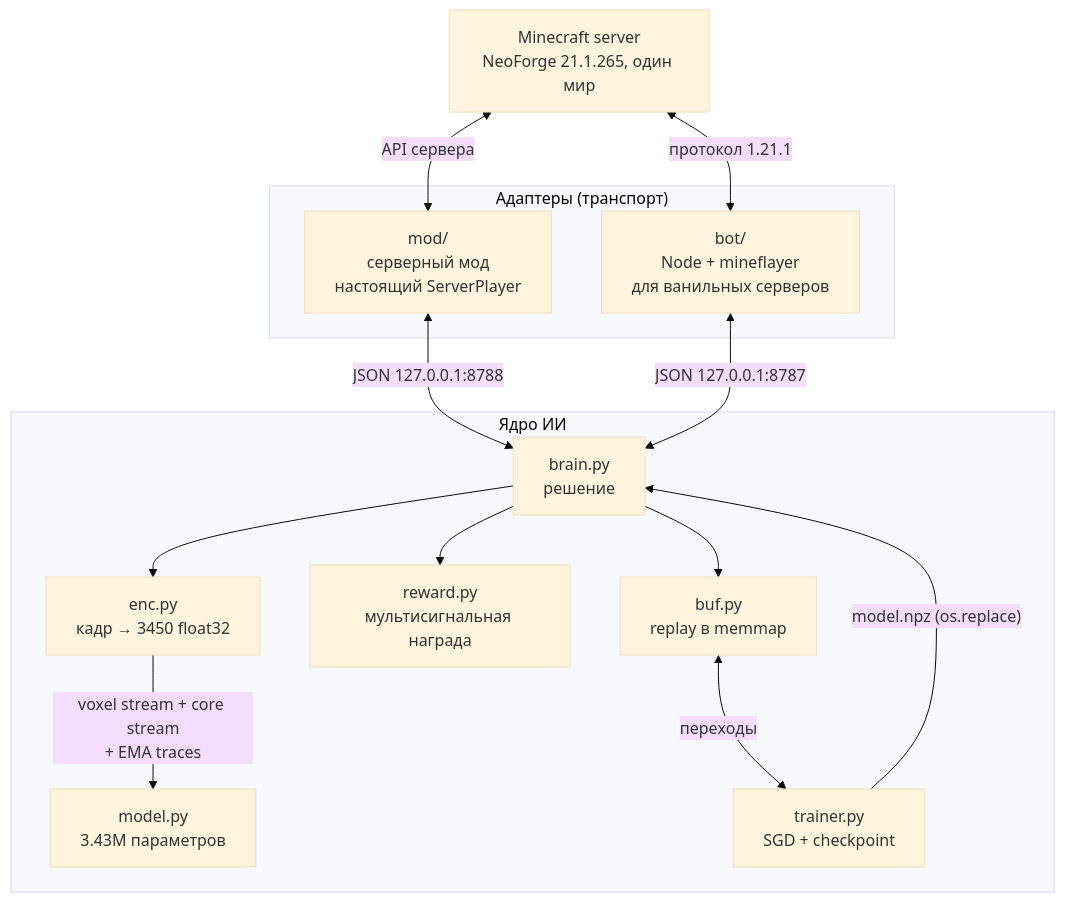
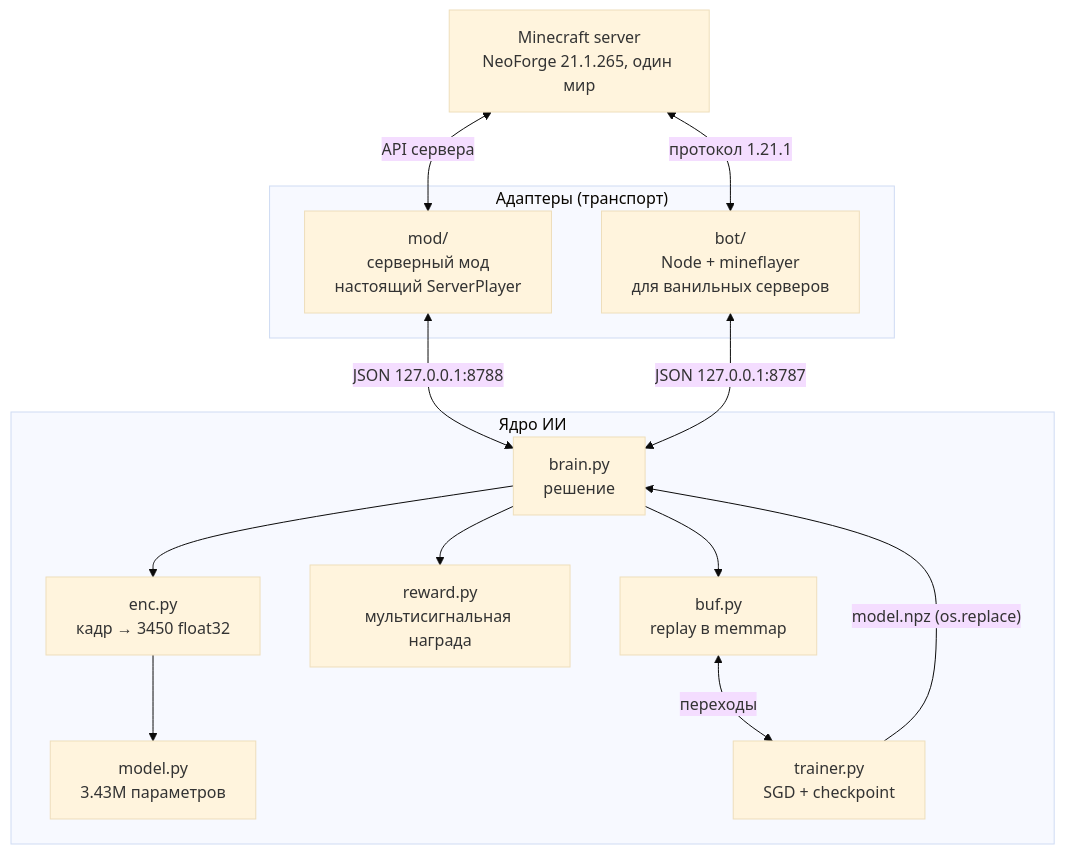
Before and after one commit to vovawees/soma: the diagram in README.md, drawn with Mermaid (base theme). The commit also changed other lines of this file and 11 other files, not shown here.

````diff
--- a/README.md
+++ b/README.md
@@ -56,28 +55,28 @@
 ```mermaid
 flowchart TB
     MC["Minecraft server<br/>NeoForge 21.1.265, один мир"]
 
     subgraph adapters["Адаптеры (транспорт)"]
         MOD["mod/<br/>серверный мод<br/>настоящий ServerPlayer"]
         BOT["bot/<br/>Node + mineflayer<br/>для ванильных серверов"]
     end
 
     subgraph brain["Ядро ИИ"]
         ENC["enc.py<br/>кадр → 3450 float32"]
         NET["model.py<br/>3.43M параметров"]
         RW["reward.py<br/>мультисигнальная награда"]
         BUF["buf.py<br/>replay в memmap"]
         BR["brain.py<br/>решение"]
         TR["trainer.py<br/>SGD + checkpoint"]
     end
 
     MC <-->|протокол 1.21.1| BOT
     MC <-->|API сервера| MOD
     MOD <-->|"JSON 127.0.0.1:8788"| BR
     BOT <-->|"JSON 127.0.0.1:8787"| BR
-    BR --> ENC -->|"voxel stream + core stream<br/>+ EMA traces"| NET
+    BR --> ENC --> NET
     BR --> RW
     BR --> BUF
     BUF <-->|переходы| TR
     TR -->|"model.npz (os.replace)"| BR
 ```
````
